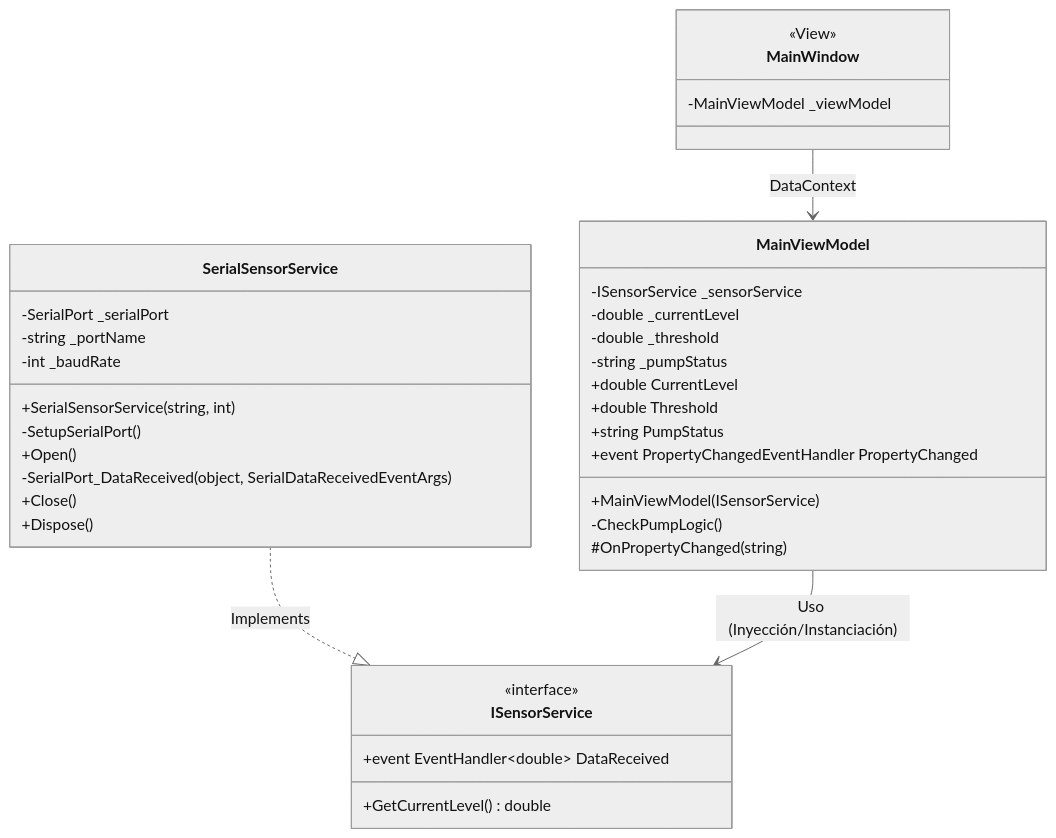
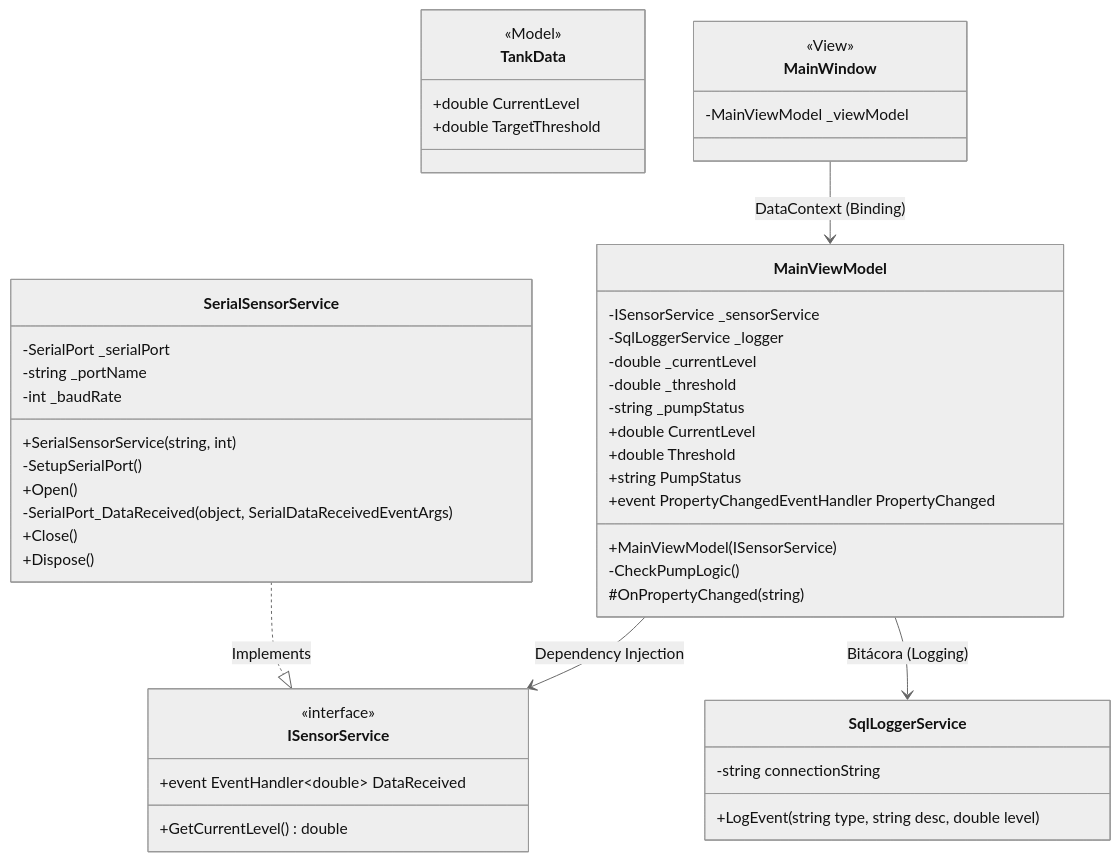
Before and after one commit to RobertoLorenzoAguilar/pump-level-control-wpf: the third of 3 diagrams in README.md, drawn with Mermaid (neutral theme). The commit also changed other lines of this file and 7 other files, not shown here.

Commit message:
feat: implement MVVM architecture with SQL logging and serial sensor integration for pump control

````diff
--- a/README.md
+++ b/README.md
@@ -67,43 +76,56 @@
 ```mermaid
 classDiagram
     class ISensorService {
         <<interface>>
         +event EventHandler~double~ DataReceived
         +GetCurrentLevel() double
     }
 
     class SerialSensorService {
         -SerialPort _serialPort
         -string _portName
         -int _baudRate
         +SerialSensorService(string, int)
         -SetupSerialPort()
         +Open()
         -SerialPort_DataReceived(object, SerialDataReceivedEventArgs)
         +Close()
         +Dispose()
     }
 
+    class SqlLoggerService {
+        -string connectionString
+        +LogEvent(string type, string desc, double level)
+    }
+
     class MainViewModel {
         -ISensorService _sensorService
+        -SqlLoggerService _logger
         -double _currentLevel
         -double _threshold
         -string _pumpStatus
         +double CurrentLevel
         +double Threshold
         +string PumpStatus
         +MainViewModel(ISensorService)
         -CheckPumpLogic()
         +event PropertyChangedEventHandler PropertyChanged
         #OnPropertyChanged(string)
     }
 
+    class TankData {
+        <<Model>>
+        +double CurrentLevel
+        +double TargetThreshold
+    }
+
     class MainWindow {
         <<View>>
         -MainViewModel _viewModel
     }
 
     SerialSensorService ..|> ISensorService : Implements
-    MainViewModel --> ISensorService : Uso (Inyección/Instanciación)
-    MainWindow --> MainViewModel : DataContext
+    MainViewModel --> ISensorService : Dependency Injection
+    MainViewModel --> SqlLoggerService : Bitácora (Logging)
+    MainWindow --> MainViewModel : DataContext (Binding)
 ```
````
